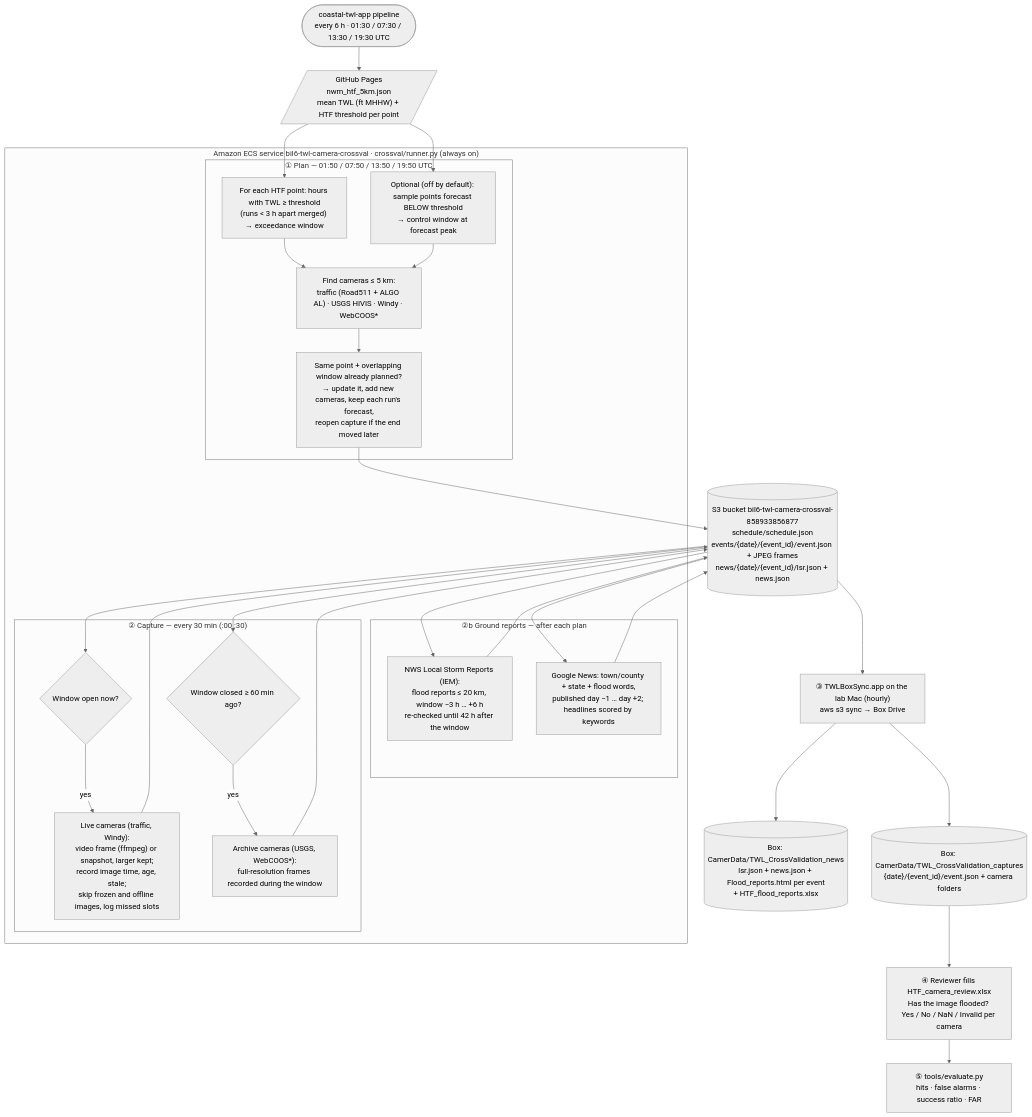
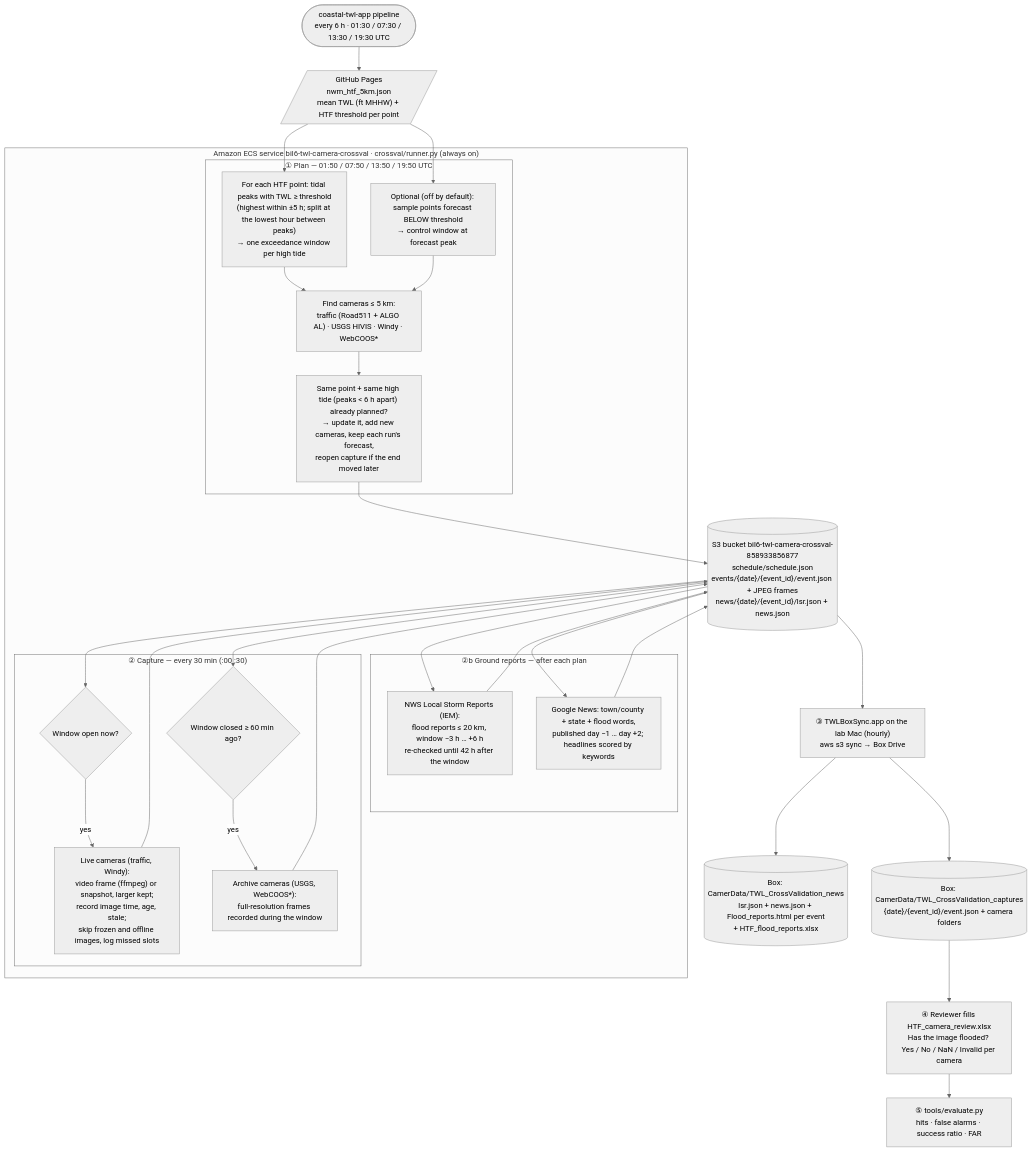
Before and after one commit to Ehsankahrizi/TWL_Camera_CrossValidation: the diagram in README.md, drawn with Mermaid (neutral theme). The commit also changed other lines of this file and 1 other file, not shown here.

First line of the commit message:
One exceedance event per high tide

````diff
--- a/README.md
+++ b/README.md
@@ -16,45 +16,45 @@
 ```mermaid
 flowchart TD
     TWL(["coastal-twl-app pipeline<br/>every 6 h · 01:30 / 07:30 / 13:30 / 19:30 UTC"])
     TWL --> PAGES[/"GitHub Pages<br/>nwm_htf_5km.json<br/>mean TWL (ft MHHW) + HTF threshold per point"/]
 
     subgraph ECS["Amazon ECS service bil6-twl-camera-crossval · crossval/runner.py (always on)"]
         subgraph PLAN["① Plan — 01:50 / 07:50 / 13:50 / 19:50 UTC"]
-            P1["For each HTF point: hours with TWL ≥ threshold<br/>(runs < 3 h apart merged) → exceedance window"]
+            P1["For each HTF point: tidal peaks with TWL ≥ threshold<br/>(highest within ±5 h; split at the lowest hour between peaks)<br/>→ one exceedance window per high tide"]
             P2["Optional (off by default): sample points forecast BELOW threshold<br/>→ control window at forecast peak"]
             P3["Find cameras ≤ 5 km:<br/>traffic (Road511 + ALGO AL) · USGS HIVIS · Windy · WebCOOS*"]
-            P4["Same point + overlapping window already planned?<br/>→ update it, add new cameras, keep each run's forecast,<br/>reopen capture if the end moved later"]
+            P4["Same point + same high tide (peaks < 6 h apart) already planned?<br/>→ update it, add new cameras, keep each run's forecast,<br/>reopen capture if the end moved later"]
             P1 --> P3
             P2 --> P3 --> P4
         end
         subgraph REP["②b Ground reports — after each plan"]
             R1["NWS Local Storm Reports (IEM):<br/>flood reports ≤ 20 km, window −3 h … +6 h<br/>re-checked until 42 h after the window"]
             R2["Google News: town/county + state + flood words,<br/>published day −1 … day +2; headlines scored by keywords"]
         end
         subgraph CAP["② Capture — every 30 min (:00 :30)"]
             C1{"Window open now?"}
             C2["Live cameras (traffic, Windy):<br/>video frame (ffmpeg) or snapshot, larger kept;<br/>record image time, age, stale;<br/>skip frozen and offline images, log missed slots"]
             C3{"Window closed ≥ 60 min ago?"}
             C4["Archive cameras (USGS, WebCOOS*):<br/>full-resolution frames recorded during the window"]
             C1 -- yes --> C2
             C3 -- yes --> C4
         end
     end
     PAGES --> P1
     PAGES --> P2
     P4 --> S3[("S3 bucket bil6-twl-camera-crossval-858933856877<br/>schedule/schedule.json<br/>events/{date}/{event_id}/event.json + JPEG frames<br/>news/{date}/{event_id}/lsr.json + news.json")]
     S3 --> R1
     R1 --> S3
     S3 --> R2
     R2 --> S3
     S3 --> C1
     S3 --> C3
     C2 --> S3
     C4 --> S3
 
     S3 --> SYNC["③ TWLBoxSync.app on the lab Mac (hourly)<br/>aws s3 sync → Box Drive"]
     SYNC --> BOX[("Box: CamerData/TWL_CrossValidation_captures<br/>{date}/{event_id}/event.json + camera folders")]
     SYNC --> NEWS[("Box: CamerData/TWL_CrossValidation_news<br/>lsr.json + news.json + Flood_reports.html per event<br/>+ HTF_flood_reports.xlsx")]
     BOX --> LAB["④ Reviewer fills HTF_camera_review.xlsx<br/>Has the image flooded? Yes / No / NaN / Invalid per camera"]
     LAB --> EVAL["⑤ tools/evaluate.py<br/>hits · false alarms · success ratio · FAR"]
 ```
````
